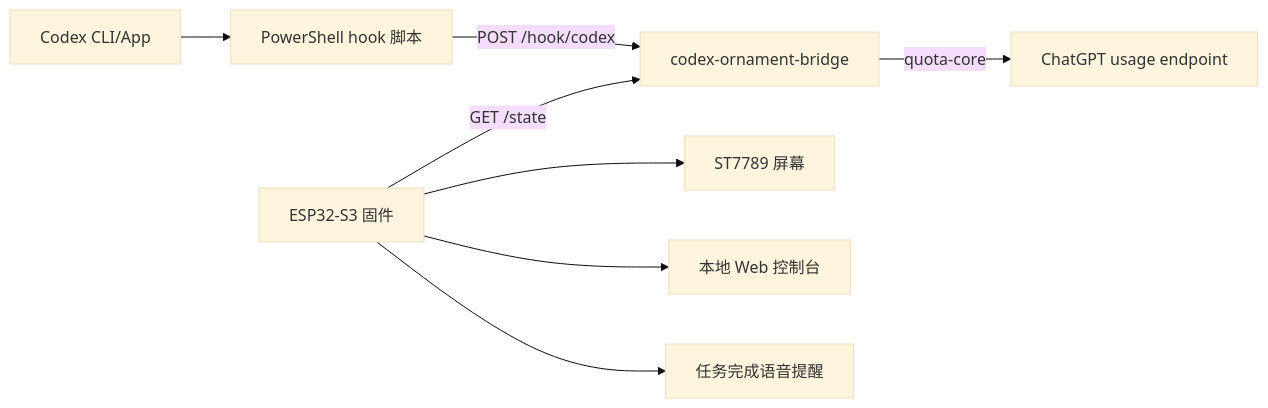
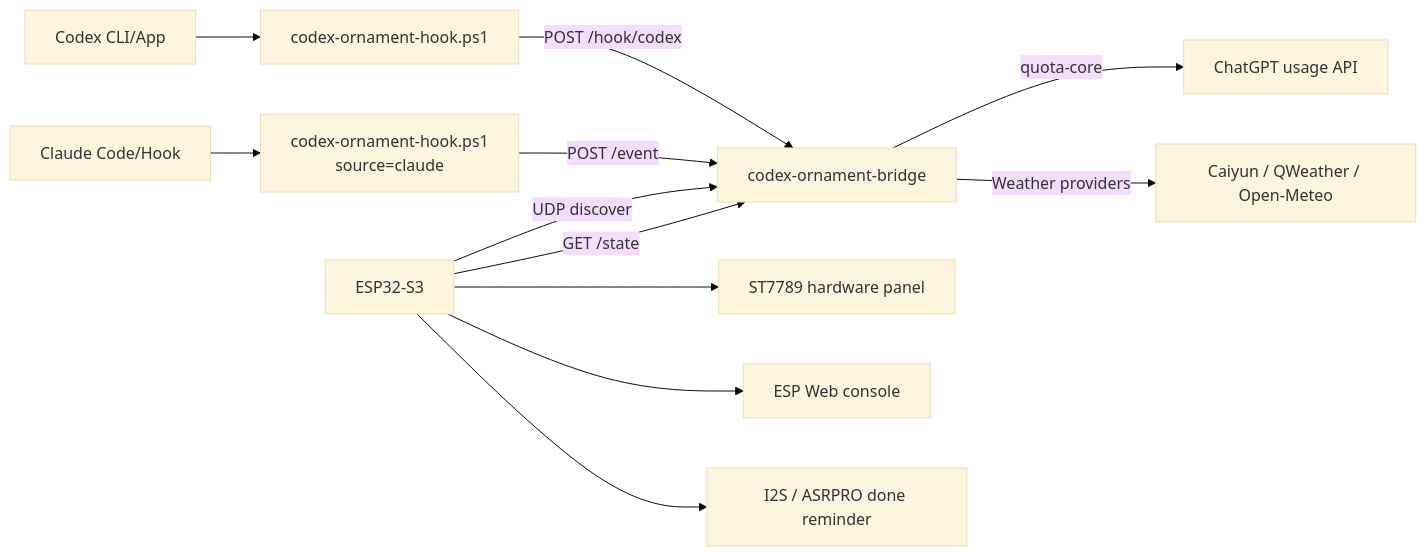
One commit to linyuww/esp32-ornament changed the diagram in README.md. Above: the diagram before and after it, drawn with Mermaid (base theme). The commit also changed other lines of this file, not shown here.

Commit message:
Update README for current ornament firmware

````diff
--- a/README.md
+++ b/README.md
@@ -19,10 +26,14 @@
 ```mermaid
 flowchart LR
-  Codex["Codex CLI/App"] --> Hook["PowerShell hook 脚本"]
-  Hook -->|"POST /hook/codex"| Bridge["codex-ornament-bridge"]
-  Bridge -->|"quota-core"| Usage["ChatGPT usage endpoint"]
-  ESP32["ESP32-S3 固件"] -->|"GET /state"| Bridge
-  ESP32 --> Display["ST7789 屏幕"]
-  ESP32 --> Web["本地 Web 控制台"]
-  ESP32 --> Audio["任务完成语音提醒"]
+  Codex["Codex CLI/App"] --> CodexHook["codex-ornament-hook.ps1"]
+  Claude["Claude Code/Hook"] --> ClaudeHook["codex-ornament-hook.ps1<br/>source=claude"]
+  CodexHook -->|"POST /hook/codex"| Bridge["codex-ornament-bridge"]
+  ClaudeHook -->|"POST /event"| Bridge
+  Bridge -->|"quota-core"| Usage["ChatGPT usage API"]
+  Bridge -->|"Weather providers"| Weather["Caiyun / QWeather / Open-Meteo"]
+  ESP["ESP32-S3"] -->|"UDP discover"| Bridge
+  ESP -->|"GET /state"| Bridge
+  ESP --> Display["ST7789 hardware panel"]
+  ESP --> Web["ESP Web console"]
+  ESP --> Audio["I2S / ASRPRO done reminder"]
 ```
````
